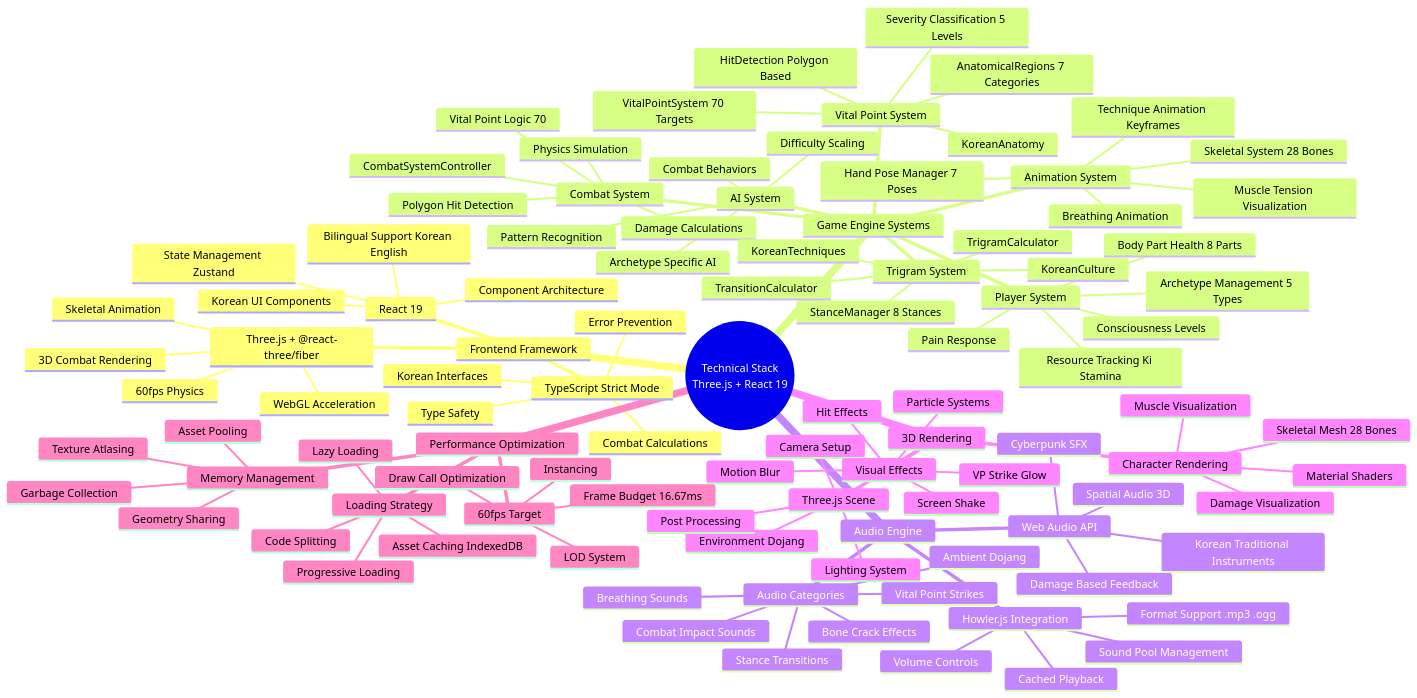
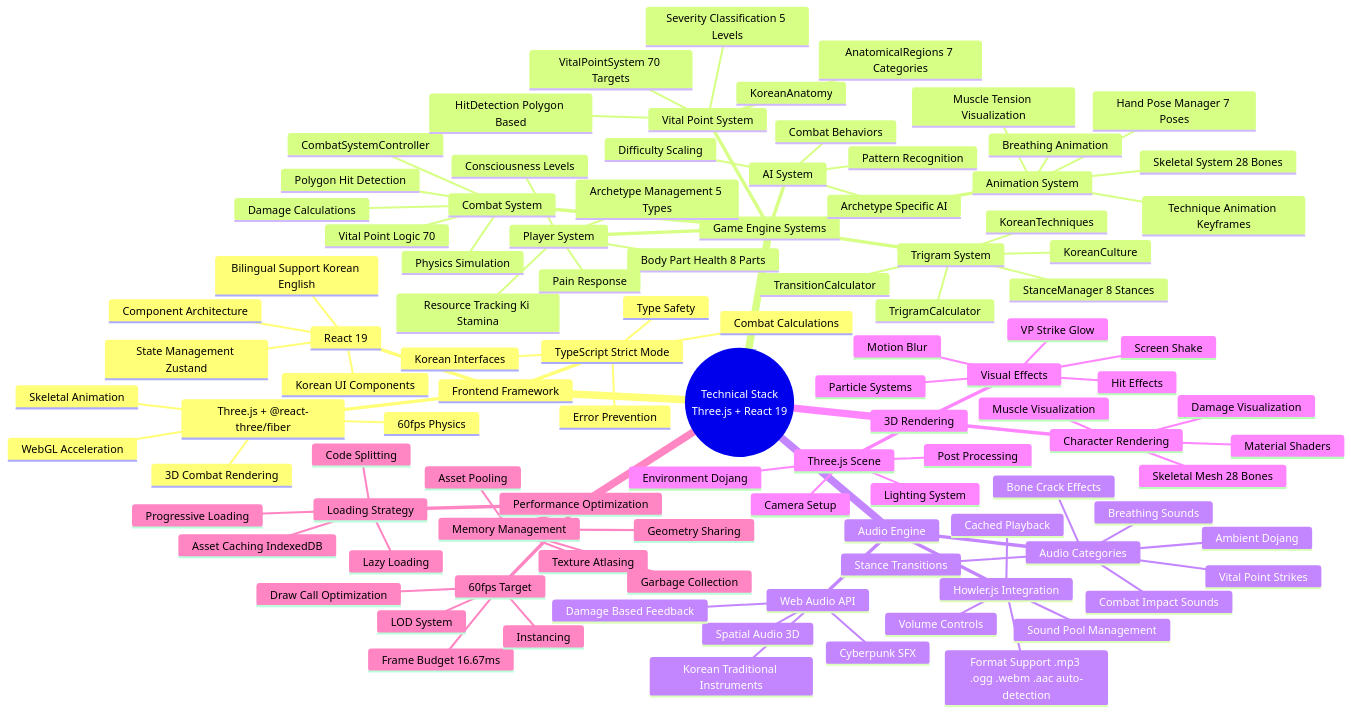
The fifth of 8 diagrams in MINDMAP.md (Hack23/blacktrigram), drawn with Mermaid before and after one commit. The commit also changed other lines of this file and 4 other files, not shown here.

```diff
--- a/MINDMAP.md
+++ b/MINDMAP.md
@@ -442,7 +442,7 @@
         Sound Pool Management
         Volume Controls
         Cached Playback
-        Format Support .mp3 .ogg
+        Format Support .mp3 .ogg .webm .aac auto-detection
     3D Rendering
       Three.js Scene
         Camera Setup
```
